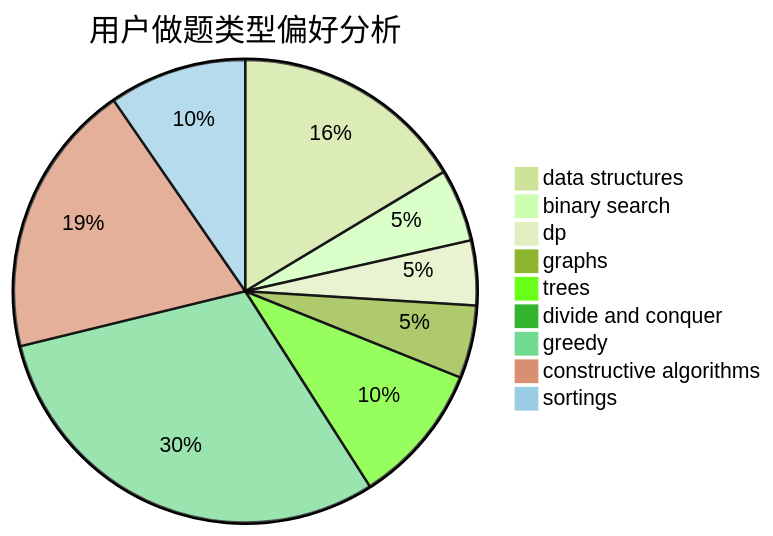
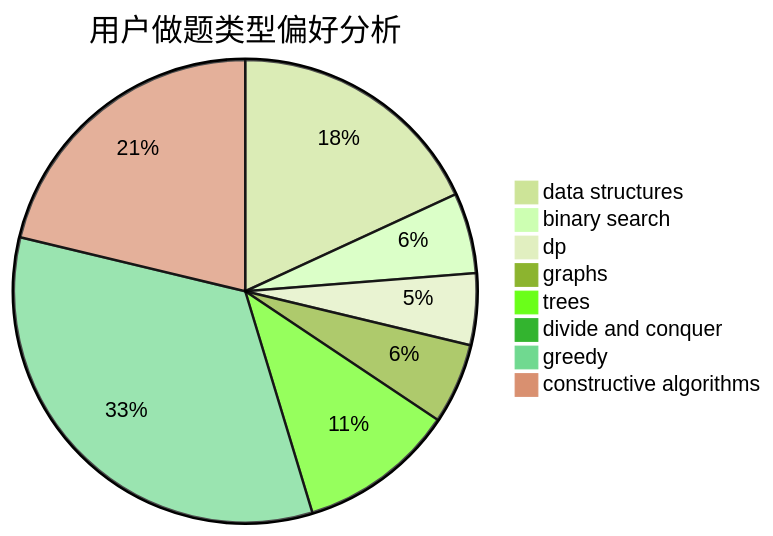
The second of 3 diagrams in docs/user/u2387.md (sherpahu/cfrs.github.io), drawn with Mermaid (forest theme) before and after one commit. The commit also changed other lines of this file and 2769 other files, not shown here.

````diff
--- a/docs/user/u2387.md
+++ b/docs/user/u2387.md
@@ -18,12 +18,11 @@
 ```mermaid
 pie title 用户做题类型偏好分析
     "data structures" :  58
     "binary search" :  18
     "dp" :  16
     "graphs" :  18
     "trees" :  35
     "divide and conquer" :  0
     "greedy" :  107
     "constructive algorithms" :  68
-    "sortings" :  34
 ```
````
